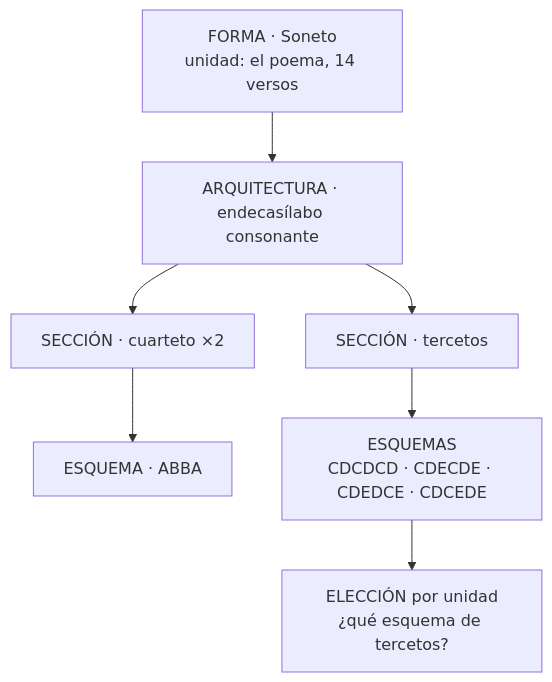
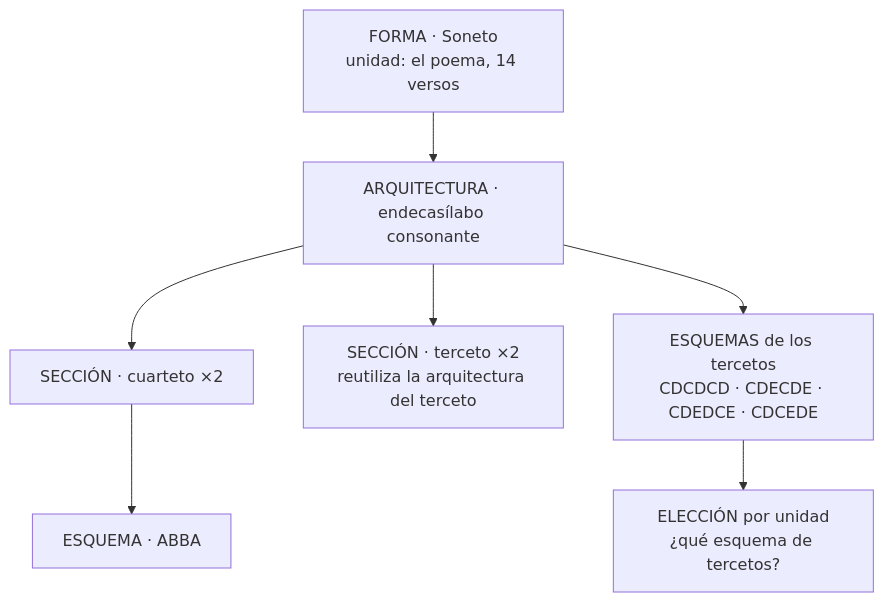
The third of 5 diagrams in docs/dominio-metrico/ontologia-metrica.md (metadramaub/metadrama_db), drawn with Mermaid before and after one commit. The commit also changed other lines of this file and 13 other files, not shown here.

````diff
--- a/docs/dominio-metrico/ontologia-metrica.md
+++ b/docs/dominio-metrico/ontologia-metrica.md
@@ -376,9 +395,9 @@
 ```mermaid
 flowchart TD
     F["FORMA · Soneto<br/>unidad: el poema, 14 versos"] --> A["ARQUITECTURA · endecasílabo consonante"]
     A --> S1["SECCIÓN · cuarteto ×2"]
-    A --> S2["SECCIÓN · tercetos"]
+    A --> S2["SECCIÓN · terceto ×2<br/>reutiliza la arquitectura del terceto"]
     S1 --> R1["ESQUEMA · ABBA"]
-    S2 --> R2["ESQUEMAS<br/>CDCDCD · CDECDE · CDEDCE · CDCEDE"]
+    A --> R2["ESQUEMAS de los tercetos<br/>CDCDCD · CDECDE · CDEDCE · CDCEDE"]
     R2 --> E["ELECCIÓN por unidad<br/>¿qué esquema de tercetos?"]
 ```
````
